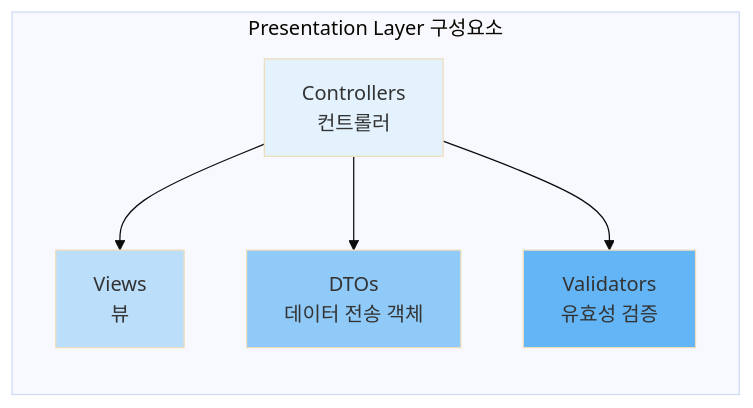
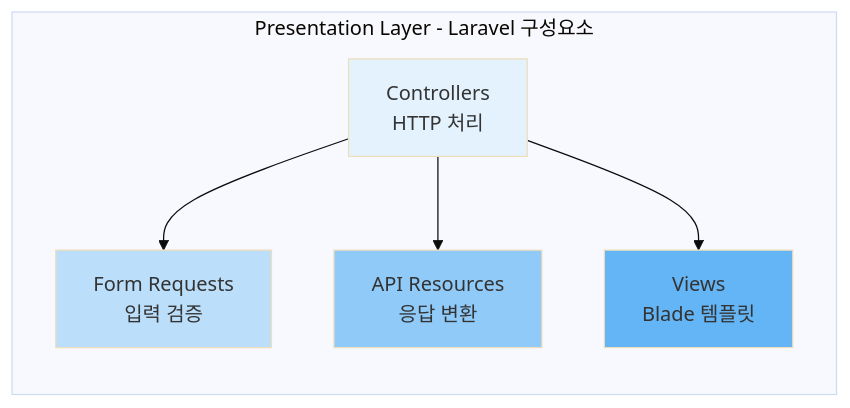
The seventh of 22 diagrams in architecture/layered/README.md (shaul1991/study-architecture), drawn with Mermaid (base theme) before and after one commit. The commit also changed other lines of this file and 1 other file, not shown here.

First line of the commit message:
refactor: 레이어드 아키텍처 문서를 Laravel 기준으로 수정

````diff
--- a/architecture/layered/README.md
+++ b/architecture/layered/README.md
@@ -232,18 +223,18 @@
 ```mermaid
 graph LR
-    subgraph "Presentation Layer 구성요소"
-        CTRL[Controllers<br/>컨트롤러]
-        VIEW[Views<br/>뷰]
-        DTO[DTOs<br/>데이터 전송 객체]
-        VAL[Validators<br/>유효성 검증]
+    subgraph "Presentation Layer - Laravel 구성요소"
+        CTRL[Controllers<br/>HTTP 처리]
+        REQ[Form Requests<br/>입력 검증]
+        RES[API Resources<br/>응답 변환]
+        VIEW[Views<br/>Blade 템플릿]
     end
 
+    CTRL --> REQ
+    CTRL --> RES
     CTRL --> VIEW
-    CTRL --> DTO
-    CTRL --> VAL
 
     style CTRL fill:#e3f2fd
-    style VIEW fill:#bbdefb
-    style DTO fill:#90caf9
-    style VAL fill:#64b5f6
+    style REQ fill:#bbdefb
+    style RES fill:#90caf9
+    style VIEW fill:#64b5f6
 ```
````
